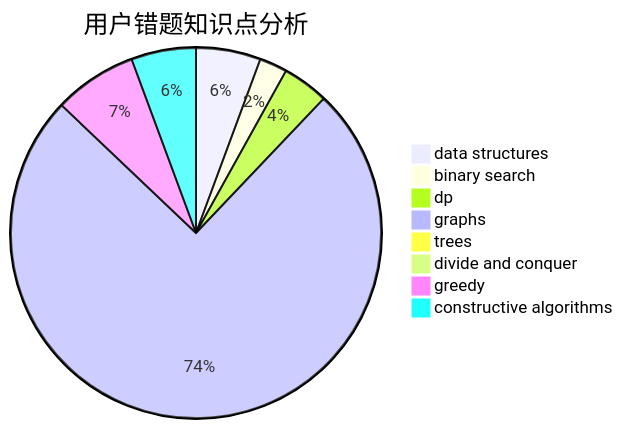
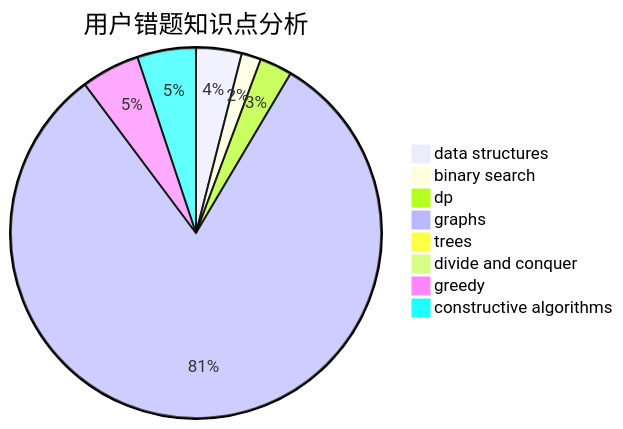
Before and after one commit to sherpahu/cfrs.github.io: the third of 3 diagrams in docs/user/u2361.md, drawn with Mermaid. The commit also changed other lines of this file and 2770 other files, not shown here.

````diff
--- a/docs/user/u2361.md
+++ b/docs/user/u2361.md
@@ -36,11 +36,11 @@
 ```mermaid
 pie title 用户错题知识点分析
     "data structures" :  7
     "binary search" :  3
     "dp" :  5
-    "graphs" :  93
+    "graphs" :  143
     "trees" :  1
     "divide and conquer" :  0
     "greedy" :  9
-    "constructive algorithms" :  7
+    "constructive algorithms" :  9
 ```
````
